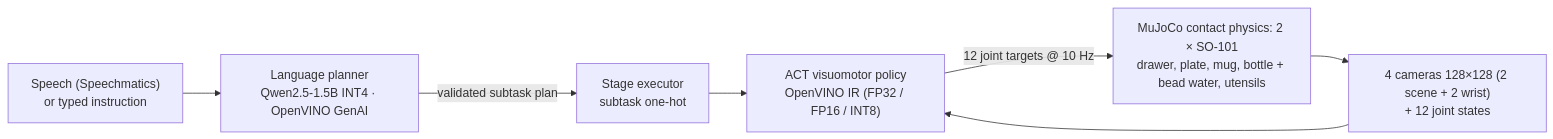
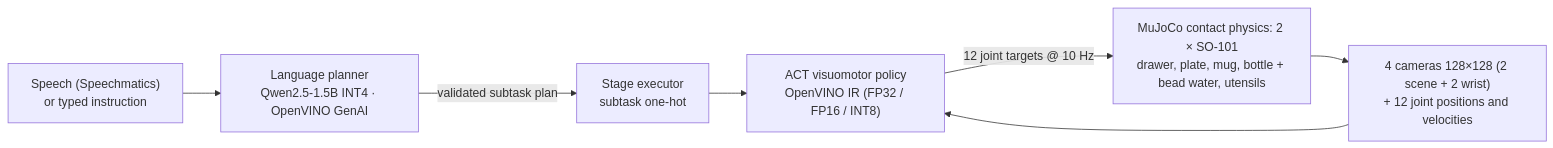
The diagram in README.md (suzyeth/table-for-two), drawn with Mermaid before and after one commit. The commit also changed other lines of this file and 4 other files, not shown here.

````diff
--- a/README.md
+++ b/README.md
@@ -35,9 +35,9 @@
 ```mermaid
 flowchart LR
     V["Speech (Speechmatics)<br/>or typed instruction"] --> P
     P["Language planner<br/>Qwen2.5-1.5B INT4 · OpenVINO GenAI"] -->|"validated subtask plan"| E
     E["Stage executor<br/>subtask one-hot"] --> A
-    C["4 cameras 128×128 (2 scene + 2 wrist)<br/>+ 12 joint states"] --> A
+    C["4 cameras 128×128 (2 scene + 2 wrist)<br/>+ 12 joint positions and velocities"] --> A
     A["ACT visuomotor policy<br/>OpenVINO IR (FP32 / FP16 / INT8)"] -->|"12 joint targets @ 10 Hz"| S
     S["MuJoCo contact physics: 2 × SO-101<br/>drawer, plate, mug, bottle + bead water, utensils"] --> C
 ```
````
